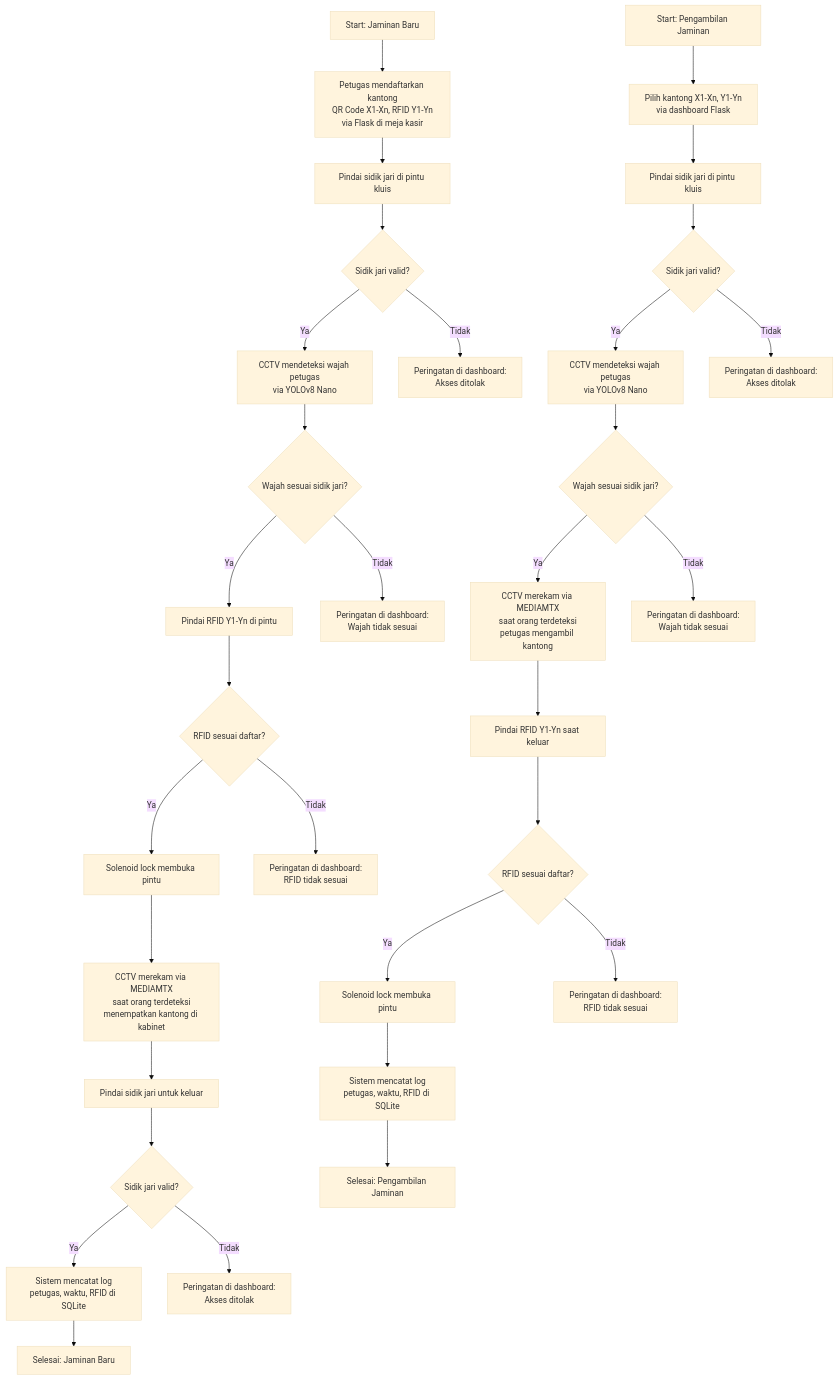
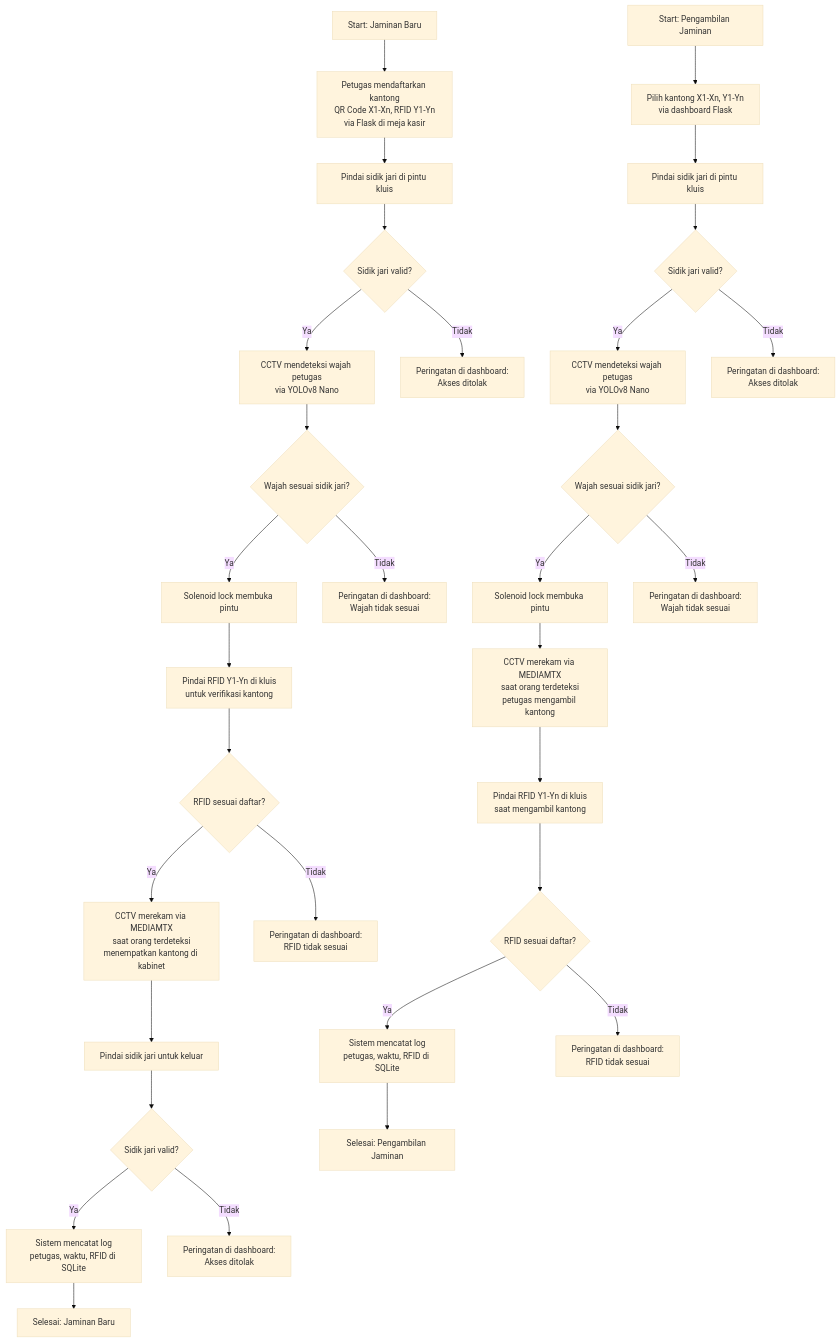
Before and after one commit to dionsanjaya/EVSS---Entitas-Vault-Security-System: the diagram in README.md, drawn with Mermaid (base theme). The commit also changed other lines of this file, not shown here.

````diff
--- a/README.md
+++ b/README.md
@@ -64,37 +65,37 @@
 ```mermaid
 graph TD
     %% Jaminan Baru
     A1[Start: Jaminan Baru] --> B1[Petugas mendaftarkan kantong<br>QR Code X1-Xn, RFID Y1-Yn<br>via Flask di meja kasir]
     B1 --> C1[Pindai sidik jari di pintu kluis]
     C1 --> D1{Sidik jari valid?}
     D1 -->|Ya| E1[CCTV mendeteksi wajah petugas<br>via YOLOv8 Nano]
     D1 -->|Tidak| F1[Peringatan di dashboard:<br>Akses ditolak]
     E1 --> G1{Wajah sesuai sidik jari?}
-    G1 -->|Ya| H1[Pindai RFID Y1-Yn di pintu]
+    G1 -->|Ya| H1[Solenoid lock membuka pintu]
     G1 -->|Tidak| I1[Peringatan di dashboard:<br>Wajah tidak sesuai]
-    H1 --> J1{RFID sesuai daftar?}
-    J1 -->|Ya| K1[Solenoid lock membuka pintu]
-    J1 -->|Tidak| L1[Peringatan di dashboard:<br>RFID tidak sesuai]
-    K1 --> M1[CCTV merekam via MEDIAMTX<br>saat orang terdeteksi<br>menempatkan kantong di kabinet]
-    M1 --> N1[Pindai sidik jari untuk keluar]
+    H1 --> J1[Pindai RFID Y1-Yn di kluis<br>untuk verifikasi kantong]
+    J1 --> K1{RFID sesuai daftar?}
+    K1 -->|Ya| L1[CCTV merekam via MEDIAMTX<br>saat orang terdeteksi<br>menempatkan kantong di kabinet]
+    K1 -->|Tidak| M1[Peringatan di dashboard:<br>RFID tidak sesuai]
+    L1 --> N1[Pindai sidik jari untuk keluar]
     N1 --> O1{Sidik jari valid?}
     O1 -->|Ya| P1[Sistem mencatat log<br>petugas, waktu, RFID di SQLite]
     O1 -->|Tidak| Q1[Peringatan di dashboard:<br>Akses ditolak]
     P1 --> R1[Selesai: Jaminan Baru]
 
     %% Pengambilan Jaminan
     A2[Start: Pengambilan Jaminan] --> B2[Pilih kantong X1-Xn, Y1-Yn<br>via dashboard Flask]
     B2 --> C2[Pindai sidik jari di pintu kluis]
     C2 --> D2{Sidik jari valid?}
     D2 -->|Ya| E2[CCTV mendeteksi wajah petugas<br>via YOLOv8 Nano]
     D2 -->|Tidak| F2[Peringatan di dashboard:<br>Akses ditolak]
     E2 --> G2{Wajah sesuai sidik jari?}
-    G2 -->|Ya| H2[CCTV merekam via MEDIAMTX<br>saat orang terdeteksi<br>petugas mengambil kantong]
+    G2 -->|Ya| H2[Solenoid lock membuka pintu]
     G2 -->|Tidak| I2[Peringatan di dashboard:<br>Wajah tidak sesuai]
-    H2 --> J2[Pindai RFID Y1-Yn saat keluar]
-    J2 --> K2{RFID sesuai daftar?}
-    K2 -->|Ya| L2[Solenoid lock membuka pintu]
-    K2 -->|Tidak| M2[Peringatan di dashboard:<br>RFID tidak sesuai]
-    L2 --> N2[Sistem mencatat log<br>petugas, waktu, RFID di SQLite]
-    N2 --> O2[Selesai: Pengambilan Jaminan]
+    H2 --> J2[CCTV merekam via MEDIAMTX<br>saat orang terdeteksi<br>petugas mengambil kantong]
+    J2 --> K2[Pindai RFID Y1-Yn di kluis<br>saat mengambil kantong]
+    K2 --> L2{RFID sesuai daftar?}
+    L2 -->|Ya| M2[Sistem mencatat log<br>petugas, waktu, RFID di SQLite]
+    L2 -->|Tidak| N2[Peringatan di dashboard:<br>RFID tidak sesuai]
+    M2 --> O2[Selesai: Pengambilan Jaminan]
 ```
````
